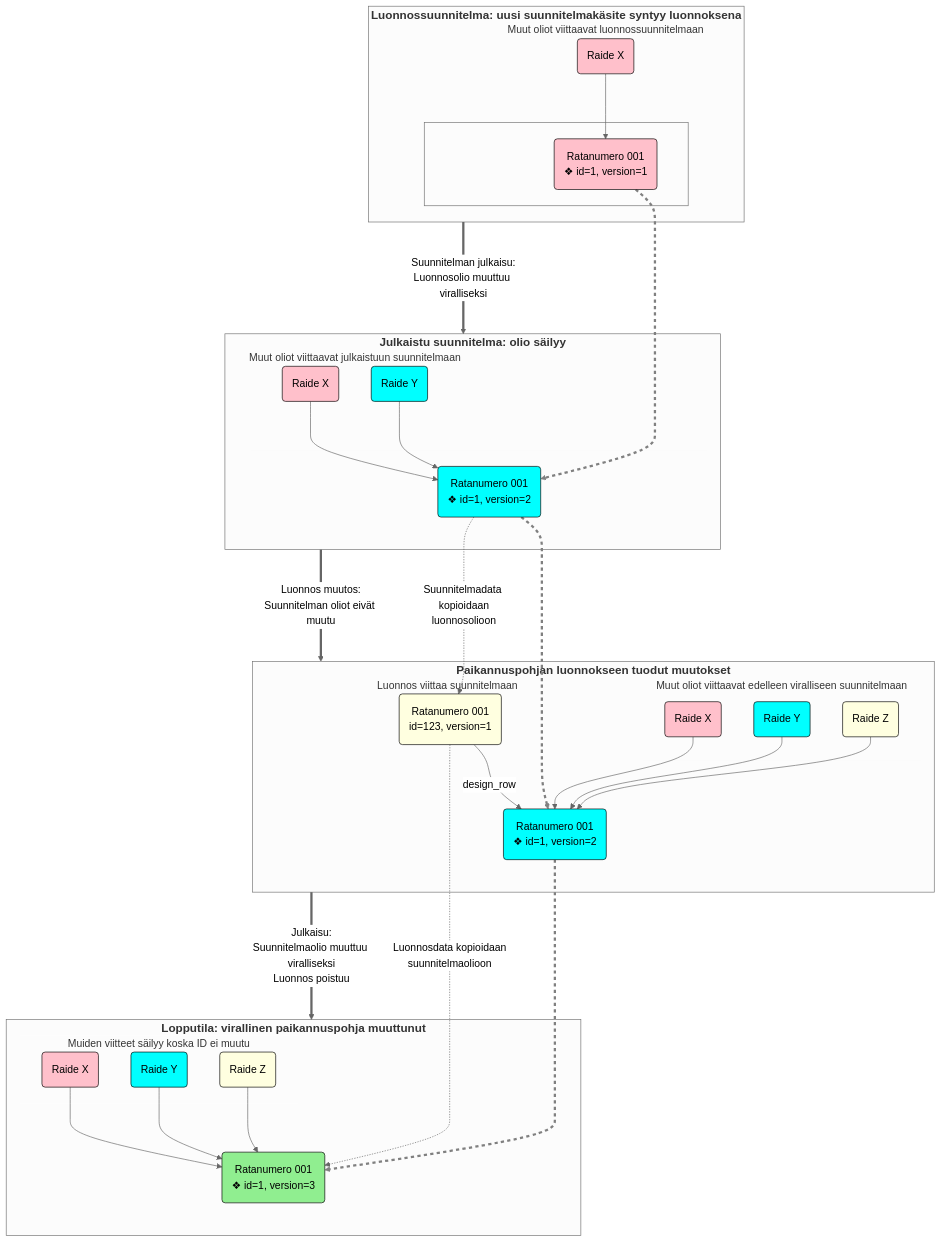
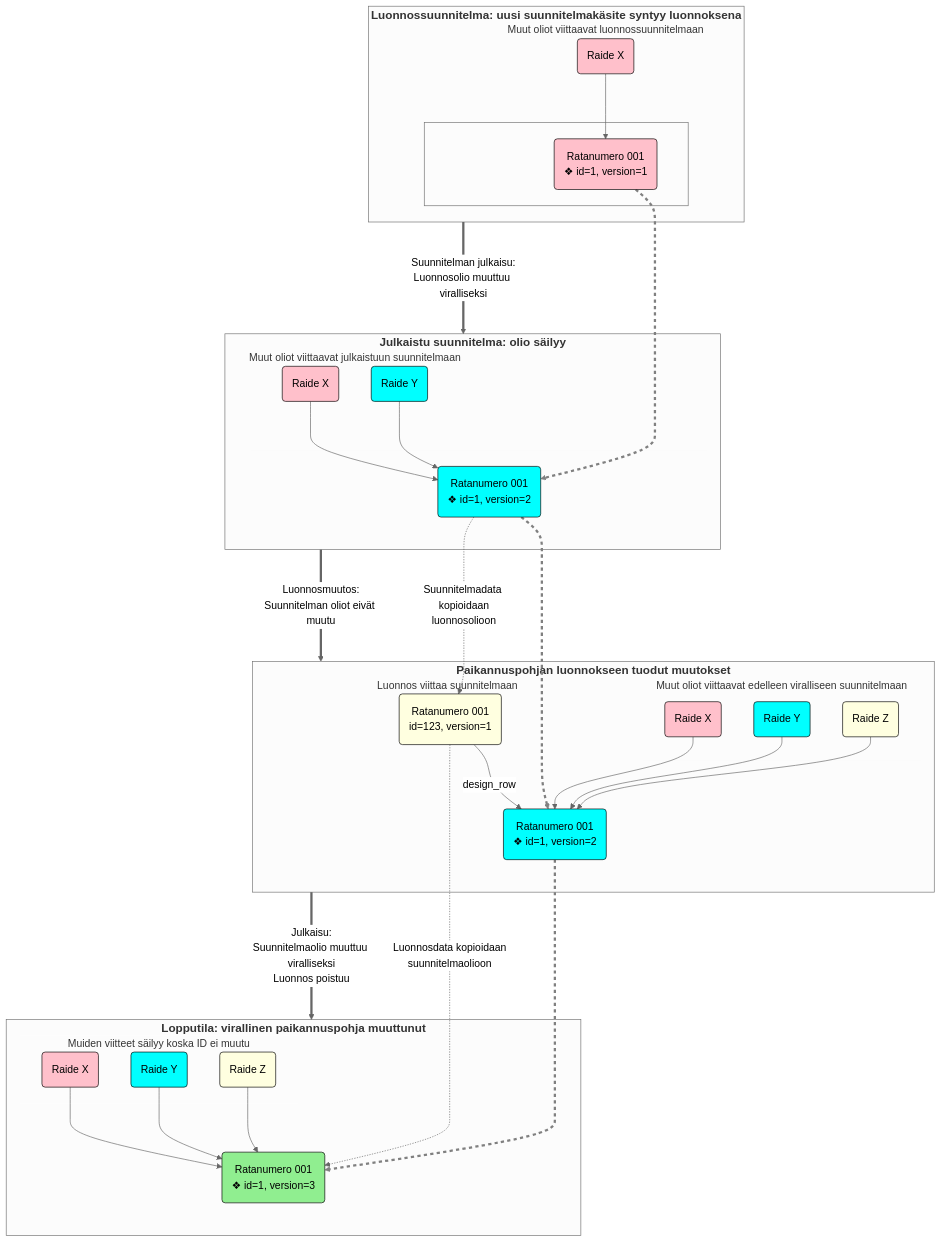
Before and after one commit to finnishtransportagency/geoviite: the fourth of 5 diagrams in doc/paikannuspohjan_kontekstit.md, drawn with Mermaid (neutral theme). The commit also changed other lines of this file, not shown here.

````diff
--- a/doc/paikannuspohjan_kontekstit.md
+++ b/doc/paikannuspohjan_kontekstit.md
@@ -254,68 +254,68 @@
 ```mermaid
 graph TD
     subgraph planDraftState [Luonnossuunnitelma: uusi suunnitelmakäsite syntyy luonnoksena]
         subgraph planDraftTracks [Muut oliot viittaavat luonnossuunnitelmaan]
             track1InPlanDraft(Raide X)
         end
         subgraph planDraftTrackNumber [&nbsp]
             planTnInPlanDraft("Ratanumero 001\n❖ id=1, version=1")
         end
         track1InPlanDraft --> planTnInPlanDraft
     end
     subgraph planState [Julkaistu suunnitelma: olio säilyy]
         subgraph planTracks [Muut oliot viittaavat julkaistuun suunnitelmaan]
             track1InPlan(Raide X)
             track2InPlan(Raide Y)
         end
         subgraph planTrackNumber [&nbsp]
             planTnInPlan("Ratanumero 001\n❖ id=1, version=2")
         end
         track1InPlan --> planTnInPlan
         track2InPlan --> planTnInPlan
     end
     subgraph draftState [Paikannuspohjan luonnokseen tuodut muutokset]
         subgraph draftTracks [Muut oliot viittaavat edelleen viralliseen suunnitelmaan]
             track1InDraft(Raide X)
             track2InDraft(Raide Y)
             track3InDraft(Raide Z)
         end
         subgraph draftTrackNumber [Luonnos viittaa suunnitelmaan]
             draftTnInDraft(Ratanumero 001\nid=123, version=1)
             planTnInDraft("Ratanumero 001\n❖ id=1, version=2")
         end
         track1InDraft --> planTnInDraft
         track2InDraft --> planTnInDraft
         track3InDraft --> planTnInDraft
         draftTnInDraft -- design_row --> planTnInDraft
     end
     subgraph endState [Lopputila: virallinen paikannuspohja muuttunut]
         subgraph endTracks [Muiden viitteet säilyy koska ID ei muutu]
             track1InEnd(Raide X)
             track2InEnd(Raide Y)
             track3InEnd(Raide Z)
         end
         subgraph endTrackNumber [&nbsp]
             officialTnInEnd("Ratanumero 001\n❖ id=1, version=3")
         end
         track1InEnd --> officialTnInEnd
         track2InEnd --> officialTnInEnd
         track3InEnd --> officialTnInEnd
     end
     planTnInPlanDraft ====> planTnInPlan ====> planTnInDraft ====> officialTnInEnd
-    planDraftState == Suunnitelman julkaisu:\nLuonnosolio muuttuu viralliseksi ==> planState == Luonnos muutos:\nSuunnitelman oliot eivät muutu ==> draftState == Julkaisu:\nSuunnitelmaolio muuttuu viralliseksi\nLuonnos poistuu ==> endState
+    planDraftState == Suunnitelman julkaisu:\nLuonnosolio muuttuu viralliseksi ==> planState == Luonnosmuutos:\nSuunnitelman oliot eivät muutu ==> draftState == Julkaisu:\nSuunnitelmaolio muuttuu viralliseksi\nLuonnos poistuu ==> endState
     planTnInPlan -. Suunnitelmadata kopioidaan\nluonnosolioon .-> draftTnInDraft
     draftTnInDraft -. Luonnosdata kopioidaan\nsuunnitelmaolioon .-> officialTnInEnd
     classDef draftObject fill: lightyellow, stroke: black, color: black;
     classDef officialObject fill: lightgreen, stroke: black, color: black;
     classDef planObject fill: cyan, stroke: black, color: black;
     classDef draftPlanObject fill: pink, stroke: black, color: black;
     class track3InDraft,track3InEnd,draftTnInDraft draftObject
     class officialTnInEnd officialObject
     class track2InPlan,track2InDraft,track2InEnd,planTnInPlan,planTnInDraft planObject
     class track1InPlanDraft,track1InPlan,track1InDraft,track1InEnd,planTnInPlanDraft draftPlanObject
     linkStyle 10,11,12 stroke: grey, stroke-dasharray: 5 5
     classDef phaseCategory font-size: 18px, font-weight: bold
     class startState,planDraftState,planState,draftState,endState phaseCategory
     classDef objectCategory stroke: transparent
     class startTracks,planDraftTracks,planTracks,draftTracks,endTracks,startTrackNumber,planTrackNumber,draftTrackNumber,endTrackNumber objectCategory
 ```
````
